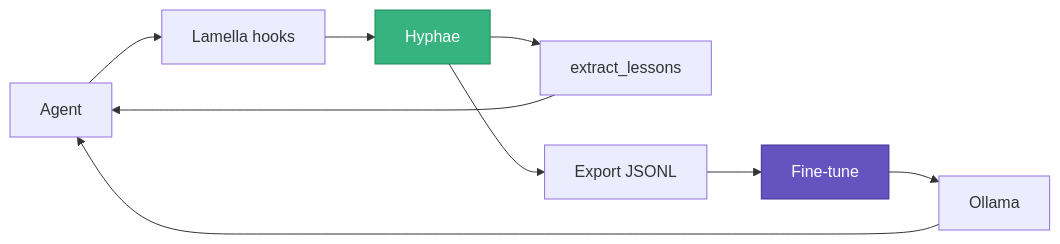
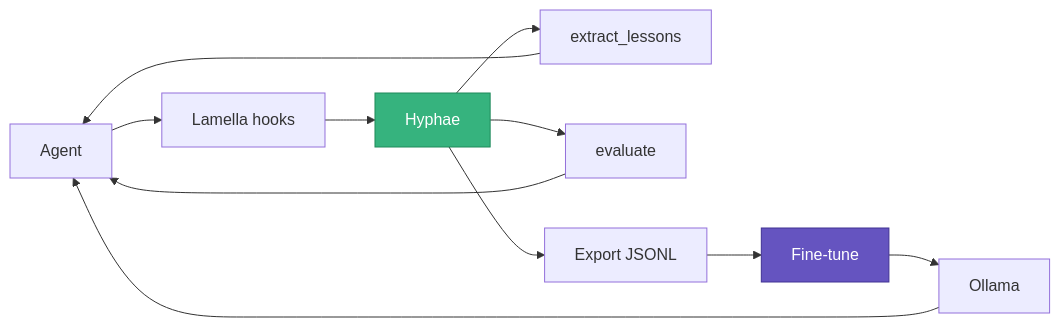
The third of 4 diagrams in profile/README.md (basidiocarp/.github), drawn with Mermaid before and after one commit. The commit also changed other lines of this file and 1 other file, not shown here.

````diff
--- a/profile/README.md
+++ b/profile/README.md
@@ -105,14 +105,16 @@
 ```mermaid
 flowchart LR
     Agent["Agent"] --> Hooks["Lamella hooks"]
     Hooks --> Hyphae["Hyphae"]
     Hyphae --> Lessons["extract_lessons"]
+    Hyphae --> Eval["evaluate"]
     Hyphae --> Export["Export JSONL"]
     Export --> FT["Fine-tune"]
     FT --> Ollama["Ollama"]
     Ollama --> Agent
     Lessons --> Agent
+    Eval --> Agent
 
     style Hyphae fill:#36b37e,stroke:#1f8a5a,color:#fff
     style FT fill:#6554c0,stroke:#403294,color:#fff
 ```
````
